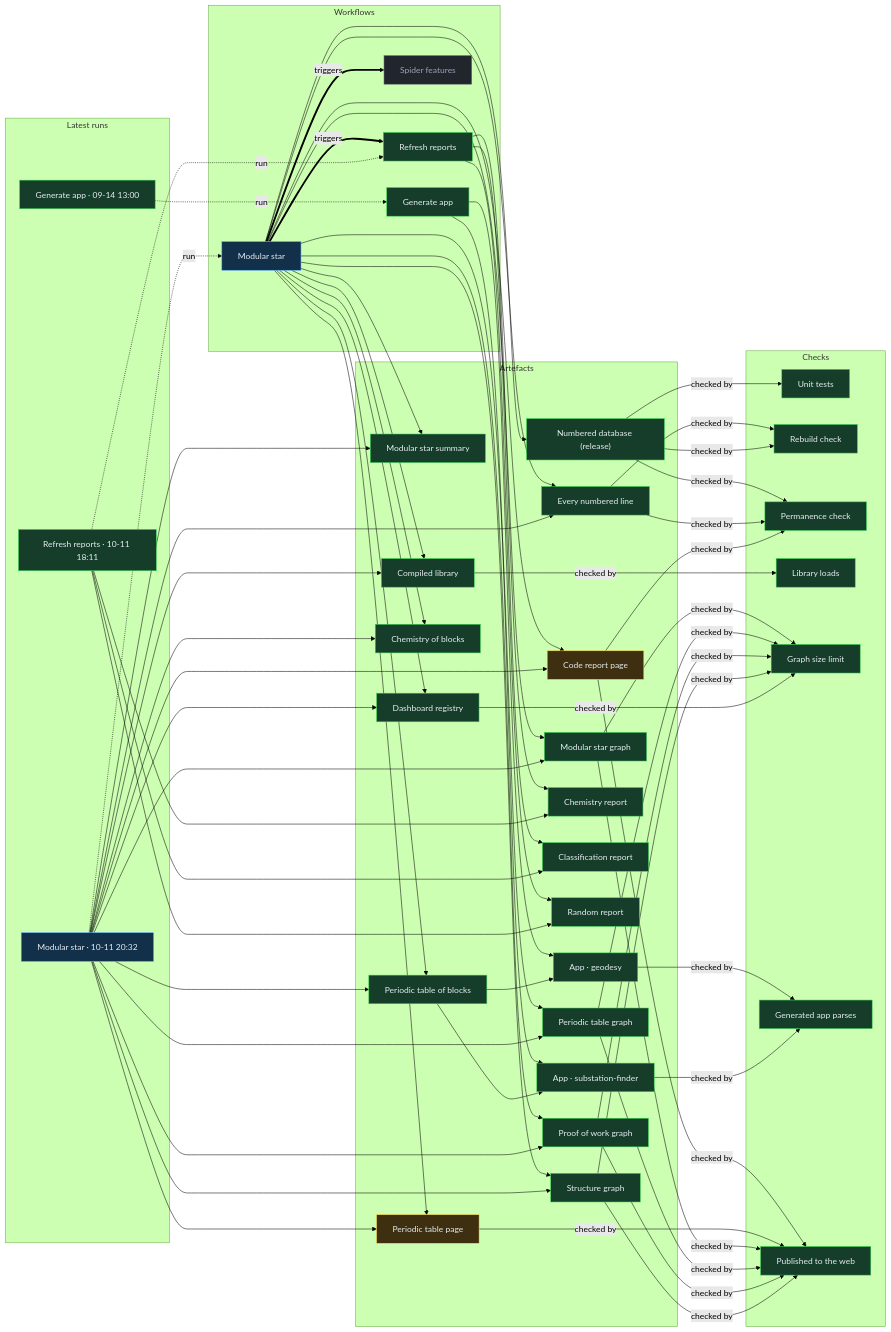
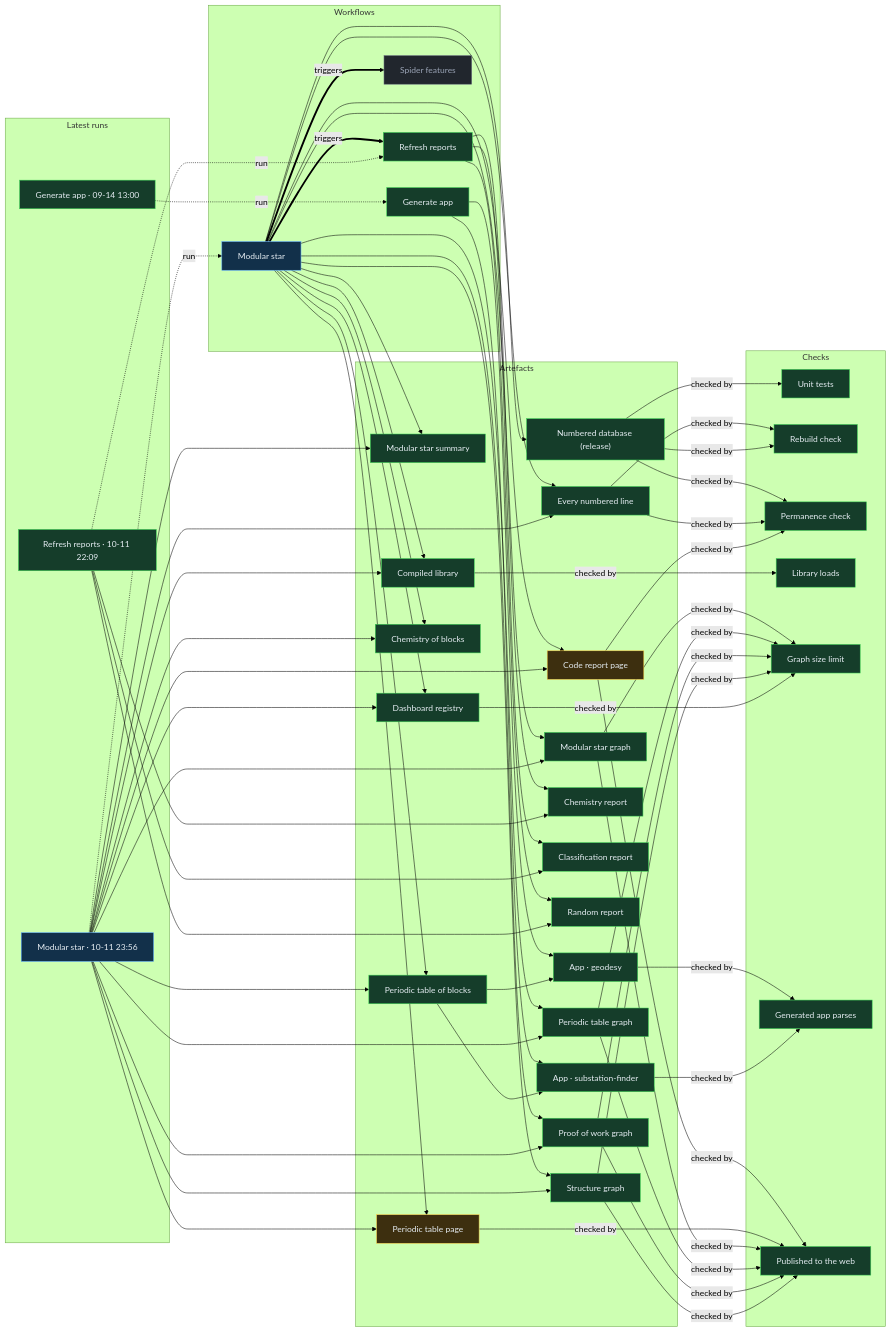
Before and after one commit to Ventusltd/stars: the diagram in proof/PROOF.md, drawn with Mermaid (forest theme). The commit also changed other lines of this file and 32 other files, not shown here.

Commit message:
Modular star 2026-10-11T23:59Z

```diff
--- a/proof/PROOF.md
+++ b/proof/PROOF.md
@@ -24,8 +24,8 @@
   n_wf_spider_features["Spider features"]:::off
   end
   subgraph g_runs["Latest runs"]
-  n_run_38172643783["Modular star · 10-11 20:32"]:::live
-  n_run_38162778173["Refresh reports · 10-11 18:11"]:::ok
+  n_run_38186166446["Modular star · 10-11 23:56"]:::live
+  n_run_38179281017["Refresh reports · 10-11 22:09"]:::ok
   n_run_34846587798["Generate app · 09-14 13:00"]:::ok
   end
   subgraph g_artefacts["Artefacts"]
@@ -59,39 +59,39 @@
   end
   n_wf_modular_star == triggers ==> n_wf_refresh
   n_wf_modular_star == triggers ==> n_wf_spider_features
-  n_run_38172643783 -. run .-> n_wf_modular_star
-  n_run_38162778173 -. run .-> n_wf_refresh
+  n_run_38186166446 -. run .-> n_wf_modular_star
+  n_run_38179281017 -. run .-> n_wf_refresh
   n_run_34846587798 -. run .-> n_wf_generate
   n_wf_modular_star --> n_art_summary
-  n_run_38172643783 --> n_art_summary
+  n_run_38186166446 --> n_art_summary
   n_wf_modular_star --> n_art_lines
-  n_run_38172643783 --> n_art_lines
+  n_run_38186166446 --> n_art_lines
   n_wf_modular_star --> n_art_code
-  n_run_38172643783 --> n_art_code
+  n_run_38186166446 --> n_art_code
   n_wf_modular_star --> n_art_modular_graph
-  n_run_38172643783 --> n_art_modular_graph
+  n_run_38186166446 --> n_art_modular_graph
   n_wf_modular_star --> n_art_blocks
-  n_run_38172643783 --> n_art_blocks
+  n_run_38186166446 --> n_art_blocks
   n_wf_modular_star --> n_art_table
-  n_run_38172643783 --> n_art_table
+  n_run_38186166446 --> n_art_table
   n_wf_modular_star --> n_art_blocks_graph
-  n_run_38172643783 --> n_art_blocks_graph
+  n_run_38186166446 --> n_art_blocks_graph
   n_wf_modular_star --> n_art_reactions
-  n_run_38172643783 --> n_art_reactions
+  n_run_38186166446 --> n_art_reactions
   n_wf_modular_star --> n_art_library
-  n_run_38172643783 --> n_art_library
+  n_run_38186166446 --> n_art_library
   n_wf_modular_star --> n_art_features
-  n_run_38172643783 --> n_art_features
+  n_run_38186166446 --> n_art_features
   n_wf_modular_star --> n_art_proof
-  n_run_38172643783 --> n_art_proof
+  n_run_38186166446 --> n_art_proof
   n_wf_modular_star --> n_art_structure
-  n_run_38172643783 --> n_art_structure
+  n_run_38186166446 --> n_art_structure
   n_wf_refresh --> n_art_chemistry
-  n_run_38162778173 --> n_art_chemistry
+  n_run_38179281017 --> n_art_chemistry
   n_wf_refresh --> n_art_vedic
-  n_run_38162778173 --> n_art_vedic
+  n_run_38179281017 --> n_art_vedic
   n_wf_refresh --> n_art_random
-  n_run_38162778173 --> n_art_random
+  n_run_38179281017 --> n_art_random
   n_wf_modular_star --> n_art_release
   n_wf_generate --> n_app_geodesy
   n_art_blocks --> n_app_geodesy
```
